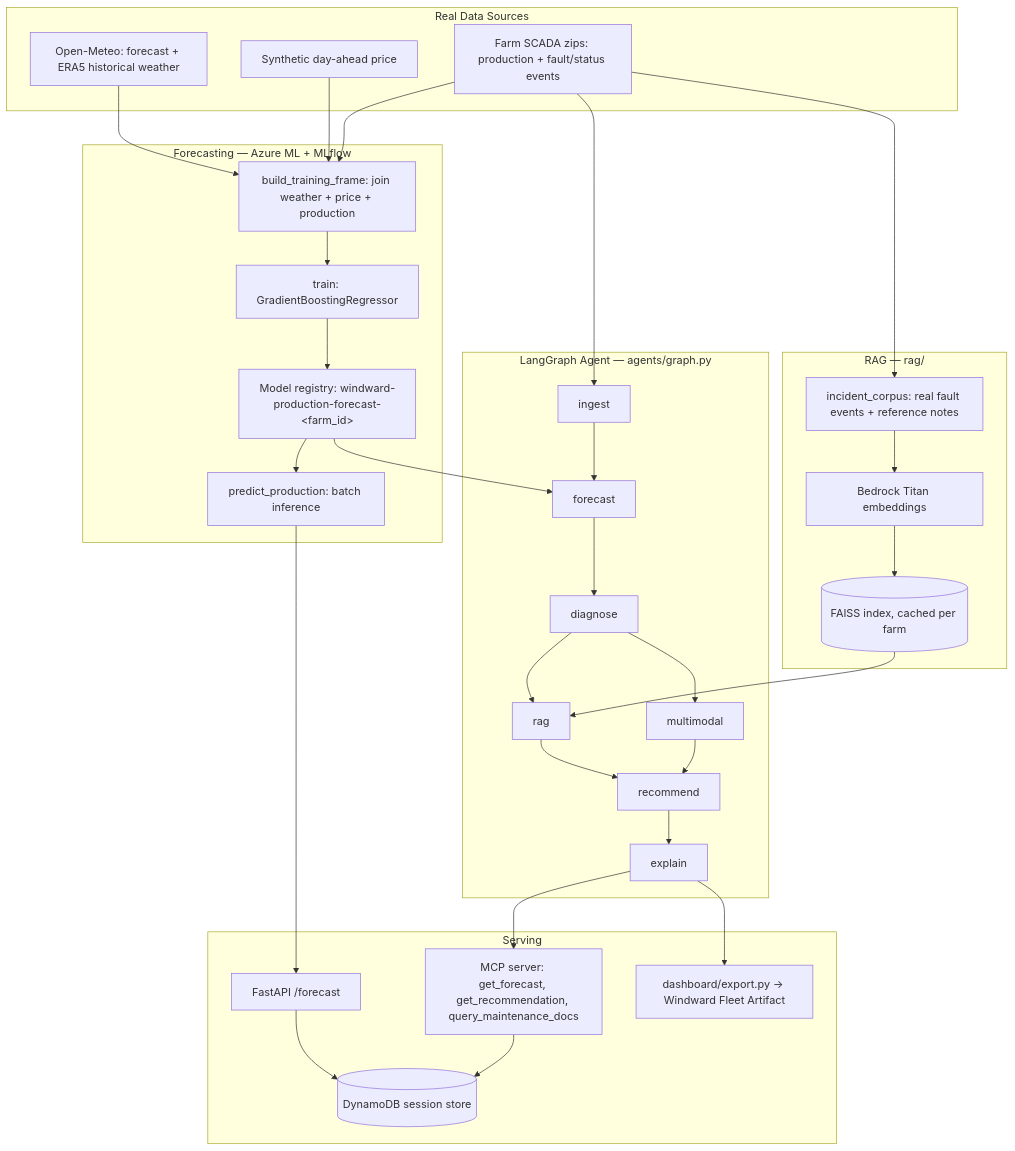
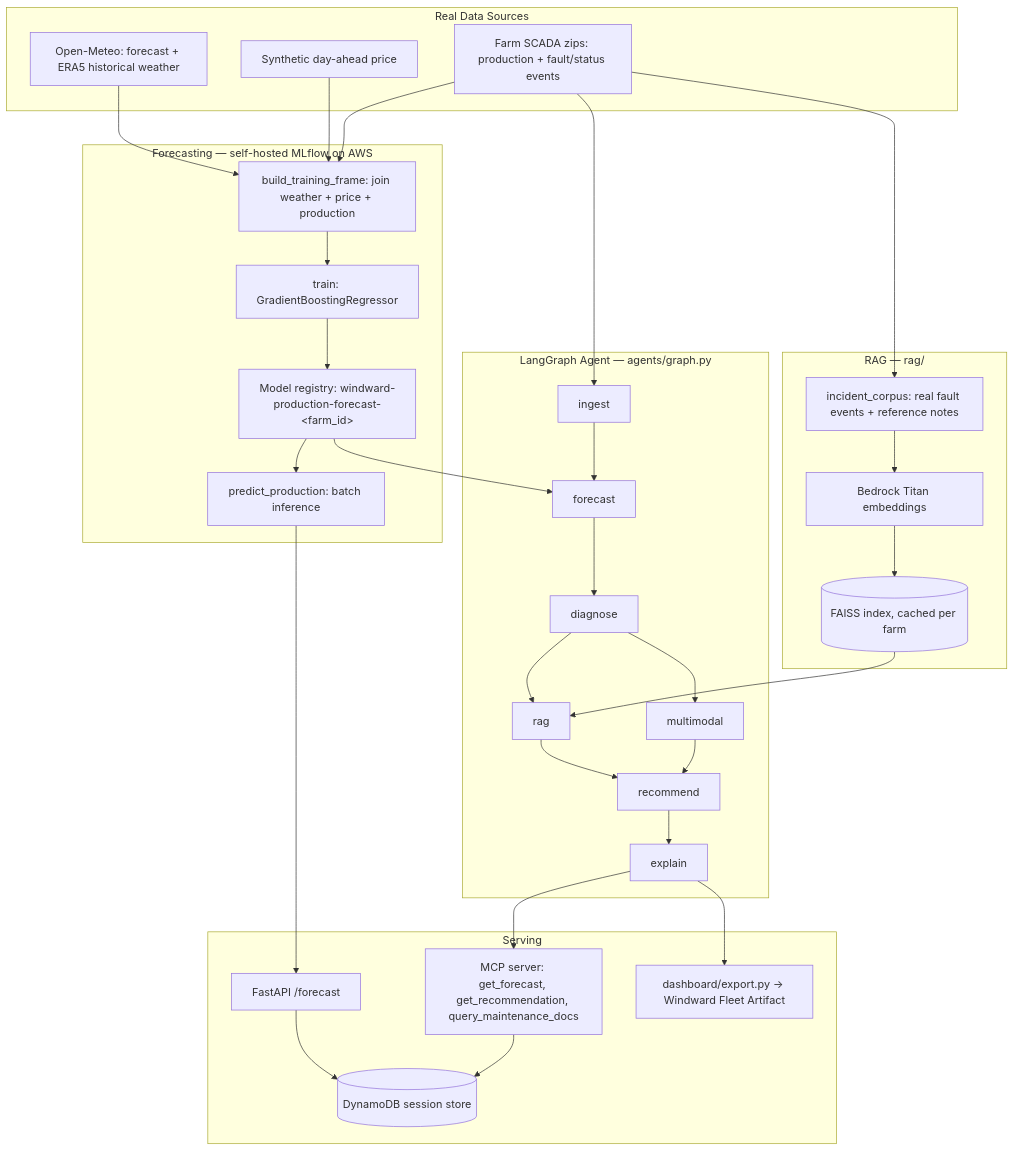
One commit to fborbon/windward changed the first of 2 diagrams in README.md. Above: the diagram before and after it, drawn with Mermaid. The commit also changed other lines of this file and 2 other files, not shown here.

First line of the commit message:
Update README/docs for the AWS migration and live deployment

````diff
--- a/README.md
+++ b/README.md
@@ -57,54 +59,54 @@
 ```mermaid
 flowchart TD
     subgraph Sources [Real Data Sources]
         M[Open-Meteo: forecast + ERA5 historical weather]
         P[Synthetic day-ahead price]
         C[Farm SCADA zips: production + fault/status events]
     end
 
-    subgraph Forecasting [Forecasting — Azure ML + MLflow]
+    subgraph Forecasting [Forecasting — self-hosted MLflow on AWS]
         F1[build_training_frame: join weather + price + production]
         F2[train: GradientBoostingRegressor]
         F3[Model registry: windward-production-forecast-&lt;farm_id&gt;]
         F4[predict_production: batch inference]
     end
 
     subgraph Agent [LangGraph Agent — agents/graph.py]
         A1[ingest]
         A2[forecast]
         A3[diagnose]
         A4[rag]
         A5[multimodal]
         A6[recommend]
         A7[explain]
     end
 
     subgraph RAGStack [RAG — rag/]
         R1[incident_corpus: real fault events + reference notes]
         R2[Bedrock Titan embeddings]
         R3[(FAISS index, cached per farm)]
     end
 
     subgraph Serving
         API[FastAPI /forecast]
         MCP[MCP server: get_forecast, get_recommendation, query_maintenance_docs]
         DASH[dashboard/export.py -&gt; Windward Fleet Artifact]
         SESS[(DynamoDB session store)]
     end
 
     M --> F1
     P --> F1
     C --> F1
     F1 --> F2 --> F3
     F3 --> F4 --> API
     F3 --> A2
     C --> A1
     C --> R1 --> R2 --> R3
     R3 --> A4
     A1 --> A2 --> A3 --> A4 --> A6
     A3 --> A5 --> A6 --> A7
     A7 --> MCP
     A7 --> DASH
     API --> SESS
     MCP --> SESS
 ```
````
